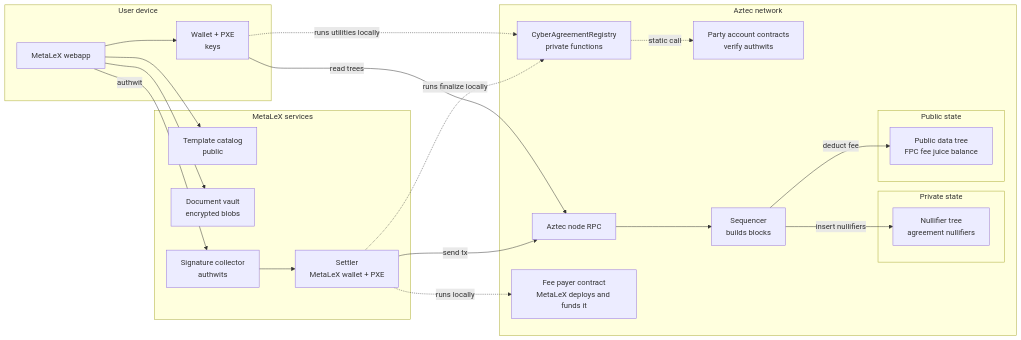
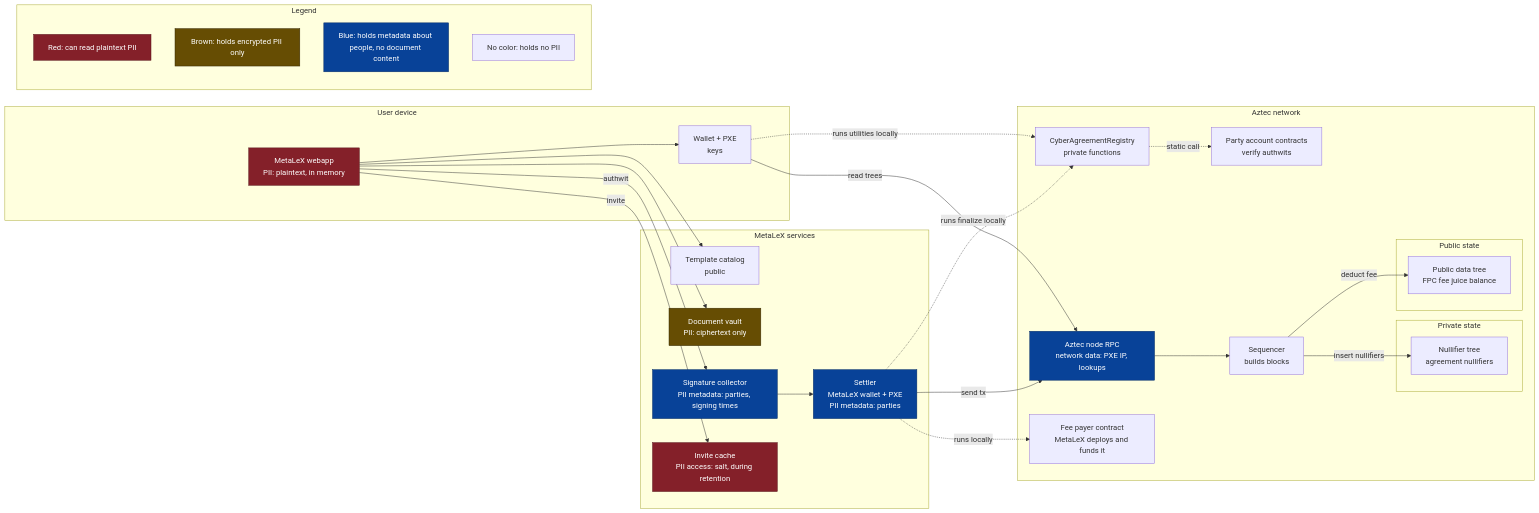
Before and after one commit to MetaLex-Tech/cybercorps-contracts: the first of 2 diagrams in aztec/ARCHITECTURE.md, drawn with Mermaid. The commit also changed other lines of this file and 2 other files, not shown here.

Commit message:
chore: identify privacy levels in architectures

````diff
--- a/aztec/ARCHITECTURE.md
+++ b/aztec/ARCHITECTURE.md
@@ -20,40 +21,57 @@
 ```mermaid
 flowchart LR
     subgraph User device
-        App[MetaLeX webapp]
+        App[MetaLeX webapp<br/>PII: plaintext, in memory]
         PXE[Wallet + PXE<br/>keys]
     end
     subgraph MetaLeX services
         Catalog[Template catalog<br/>public]
-        Vault[Document vault<br/>encrypted blobs]
-        Collector[Signature collector<br/>authwits]
-        Settler[Settler<br/>MetaLeX wallet + PXE]
+        Vault[Document vault<br/>PII: ciphertext only]
+        Collector[Signature collector<br/>PII metadata: parties, signing times]
+        Settler[Settler<br/>MetaLeX wallet + PXE<br/>PII metadata: parties]
+        Cache[Invite cache<br/>PII access: salt, during retention]
     end
     subgraph Aztec network
-        Node[Aztec node RPC]
+        Node[Aztec node RPC<br/>network data: PXE IP, lookups]
         Registry[CyberAgreementRegistry<br/>private functions]
         Accounts[Party account contracts<br/>verify authwits]
         FPC[Fee payer contract<br/>MetaLeX deploys and funds it]
         Sequencer[Sequencer<br/>builds blocks]
         subgraph Private state
             Trees[Nullifier tree<br/>agreement nullifiers]
         end
         subgraph Public state
             FeeJuice[Public data tree<br/>FPC fee juice balance]
         end
     end
     App --> PXE
     App --> Catalog
     App --> Vault
     App -->|authwit| Collector
+    App -->|invite| Cache
     Collector --> Settler
     PXE -. runs utilities locally .-> Registry
     PXE -->|read trees| Node
     Settler -. runs finalize locally .-> Registry
     Registry -. static call .-> Accounts
     Settler -. runs locally .-> FPC
     Settler -->|send tx| Node
     Node --> Sequencer
     Sequencer -->|insert nullifiers| Trees
     Sequencer -->|deduct fee| FeeJuice
+
+    subgraph Legend
+        direction TB
+        LPlain[Red: can read plaintext PII]
+        LCipher[Brown: holds encrypted PII only]
+        LMeta[Blue: holds metadata about people, no document content]
+        LNone[No color: holds no PII]
+    end
+
+    classDef piiPlain fill:#842029,stroke:#58151c,color:#fff
+    classDef piiCipher fill:#664d03,stroke:#332701,color:#fff
+    classDef piiMeta fill:#084298,stroke:#052c65,color:#fff
+    class App,Cache,LPlain piiPlain
+    class Vault,LCipher piiCipher
+    class Collector,Settler,Node,LMeta piiMeta
 ```
````
